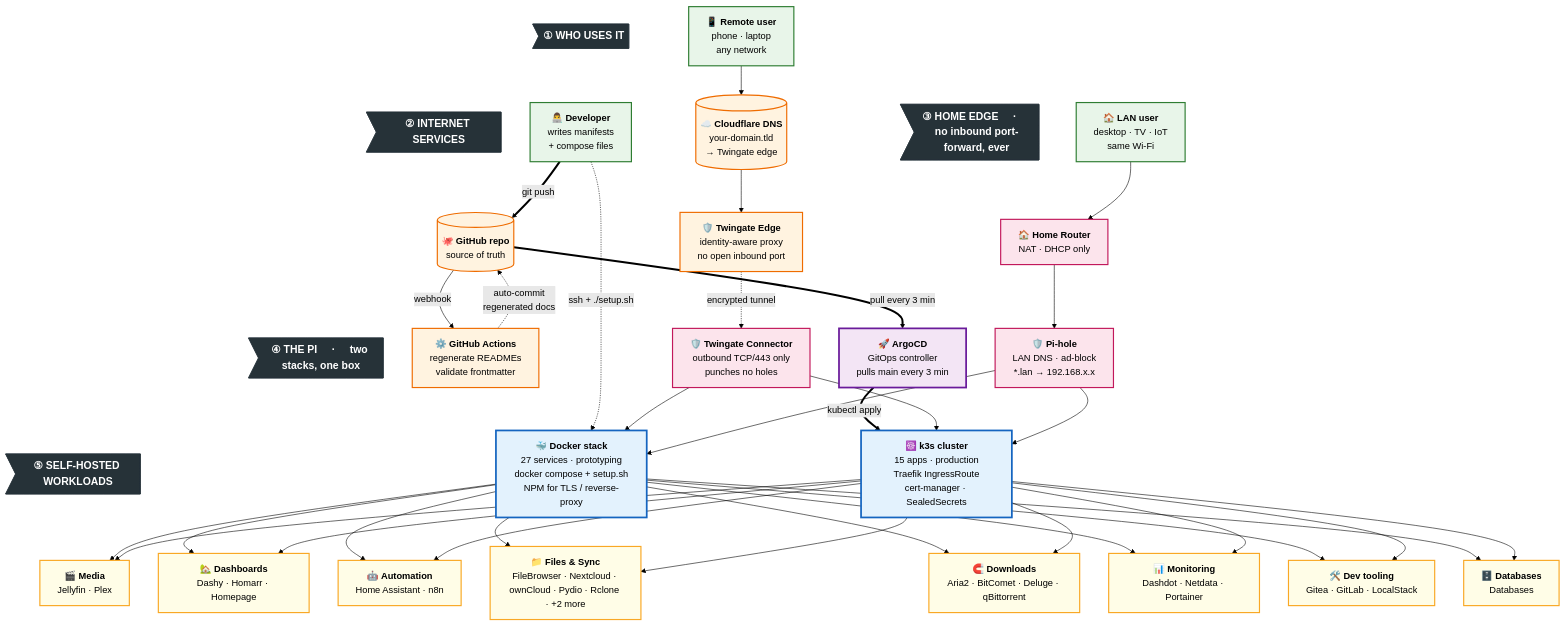
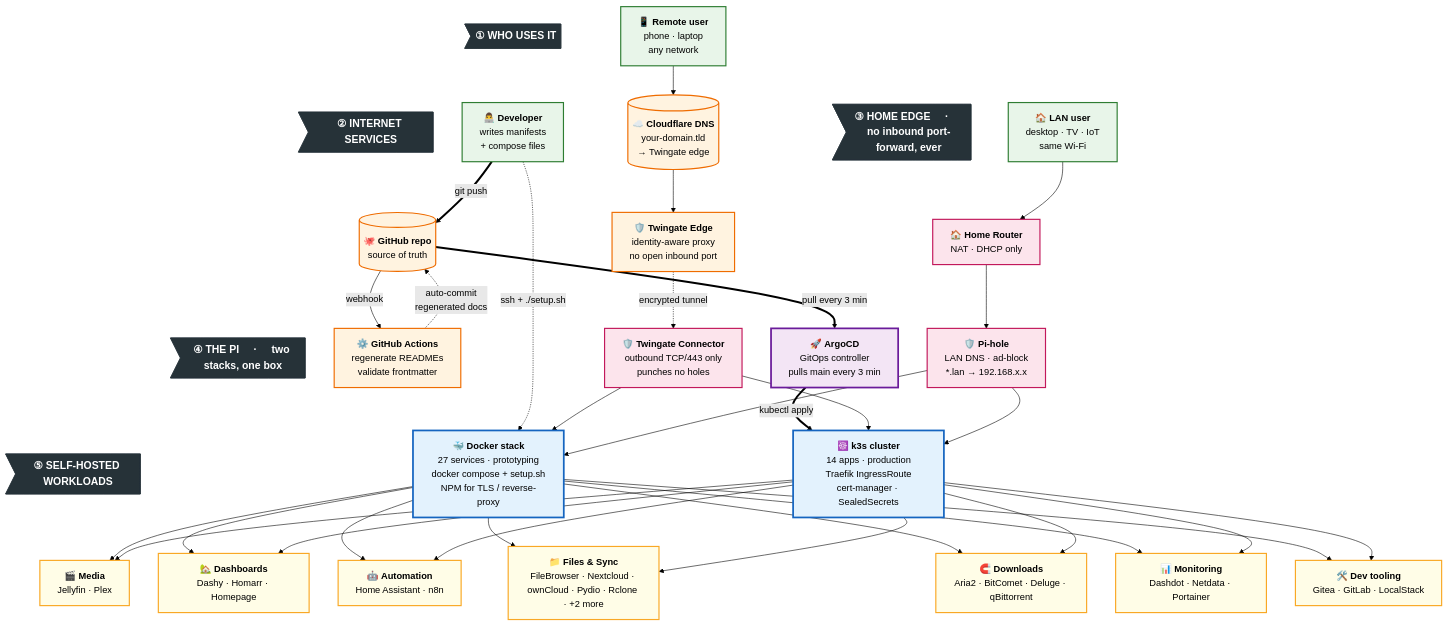
The diagram in README.md (Thre4dripper/Home-Server-Lab), drawn with Mermaid (forest theme) before and after one commit. The commit also changed other lines of this file and 2 other files, not shown here.

Commit message:
🤖 🏠 Auto-update READMEs
Auto-generated from updated service metadata.

````diff
--- a/README.md
+++ b/README.md
@@ -98,7 +98,7 @@
     %% ─── TIER 4 · the Pi ────────────────────────────────────────────────
     Docker[🐳 <b>Docker stack</b><br/>27 services · prototyping<br/>docker compose + setup.sh<br/>NPM for TLS / reverse-proxy]
     Argo[🚀 <b>ArgoCD</b><br/>GitOps controller<br/>pulls main every 3 min]
-    K3s[☸️ <b>k3s cluster</b><br/>15 apps · production<br/>Traefik IngressRoute<br/>cert-manager · SealedSecrets]
+    K3s[☸️ <b>k3s cluster</b><br/>14 apps · production<br/>Traefik IngressRoute<br/>cert-manager · SealedSecrets]
 
 
     %% ─── TIER 5 · self-hosted workloads (auto-generated) ────────────────
@@ -109,7 +109,6 @@
     W5[🧲 <b>Downloads</b><br/>Aria2 · BitComet · Deluge · qBittorrent]
     W6[📊 <b>Monitoring</b><br/>Dashdot · Netdata · Portainer]
     W7[🛠️ <b>Dev tooling</b><br/>Gitea · GitLab · LocalStack]
-    W8[🗄️ <b>Databases</b><br/>Databases]
 
     %% ─── HEADER ANCHORS (invisible) ─────────────────────────────────────
     H1 ~~~ Dev
@@ -140,8 +139,8 @@
     Pihole --> K3s
 
     %% ─── FLOWS · stacks → workloads ─────────────────────────────────────
-    Docker --> W1 & W2 & W3 & W4 & W5 & W6 & W7 & W8
-    K3s    --> W1 & W2 & W3 & W4 & W5 & W6 & W7 & W8
+    Docker --> W1 & W2 & W3 & W4 & W5 & W6 & W7
+    K3s    --> W1 & W2 & W3 & W4 & W5 & W6 & W7
 
     %% ─── STYLES ─────────────────────────────────────────────────────────
     classDef header   fill:#263238,stroke:#263238,color:#ffffff,font-size:18px,font-weight:bold
@@ -158,5 +157,5 @@
     class Router,TGConn,Pihole edge
     class Docker,K3s stack
     class Argo gitops
-    class W1,W2,W3,W4,W5,W6,W7,W8 workload
+    class W1,W2,W3,W4,W5,W6,W7 workload
 ```
````
